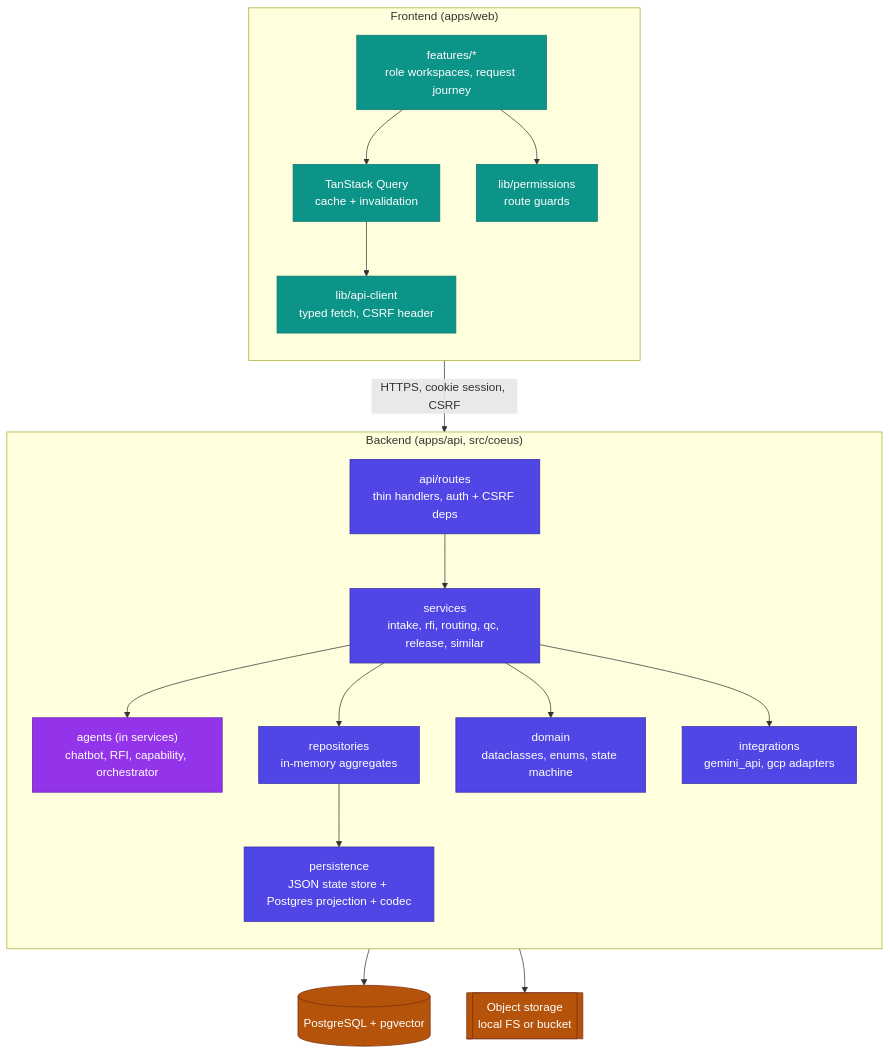
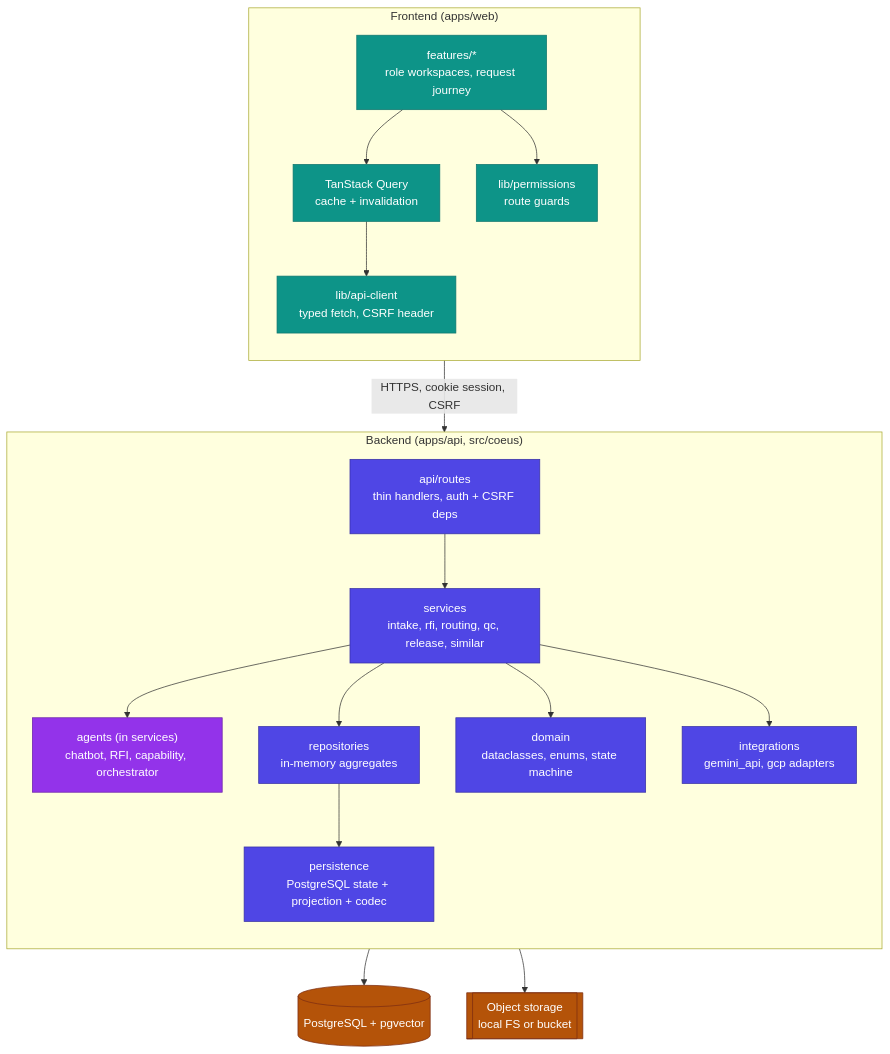
One commit to ShabalalaWATP/Coeus changed the second of 4 diagrams in docs/ARCHITECTURE.md. Above: the diagram before and after it, drawn with Mermaid. The commit also changed other lines of this file and 221 other files, not shown here.

````diff
--- a/docs/ARCHITECTURE.md
+++ b/docs/ARCHITECTURE.md
@@ -90,45 +90,45 @@
 ```mermaid
 flowchart TB
     subgraph web["Frontend  (apps/web)"]
         direction TB
         PAGES["features/*<br/>role workspaces, request journey"]
         APICLIENT["lib/api-client<br/>typed fetch, CSRF header"]
         QUERY["TanStack Query<br/>cache + invalidation"]
         PERMS["lib/permissions<br/>route guards"]
         PAGES --> QUERY --> APICLIENT
         PAGES --> PERMS
     end
 
     subgraph api["Backend  (apps/api, src/coeus)"]
         direction TB
         ROUTES["api/routes<br/>thin handlers, auth + CSRF deps"]
         SERVICES["services<br/>intake, rfi, routing, qc, release, similar"]
         AGENTS["agents (in services)<br/>chatbot, RFI, capability, orchestrator"]
         REPOS["repositories<br/>in-memory aggregates"]
         DOMAIN["domain<br/>dataclasses, enums, state machine"]
-        PERSIST["persistence<br/>JSON state store + Postgres projection + codec"]
+        PERSIST["persistence<br/>PostgreSQL state + projection + codec"]
         INTEG["integrations<br/>gemini_api, gcp adapters"]
         ROUTES --> SERVICES
         SERVICES --> AGENTS
         SERVICES --> REPOS
         SERVICES --> DOMAIN
         SERVICES --> INTEG
         REPOS --> PERSIST
     end
 
     DB[("PostgreSQL + pgvector")]
     OBJ[["Object storage<br/>local FS or bucket"]]
 
     APICLIENT -->|"HTTPS, cookie session, CSRF"| ROUTES
     PERSIST --> DB
     SERVICES --> OBJ
 
     classDef fe fill:#0d9488,stroke:#0f766e,color:#fff,stroke-width:1px
     classDef be fill:#4f46e5,stroke:#3730a3,color:#fff,stroke-width:1px
     classDef ai fill:#9333ea,stroke:#6b21a8,color:#fff,stroke-width:1px
     classDef data fill:#b45309,stroke:#7c2d12,color:#fff,stroke-width:1px
     class PAGES,APICLIENT,QUERY,PERMS fe
     class ROUTES,SERVICES,REPOS,DOMAIN,PERSIST,INTEG be
     class AGENTS ai
     class DB,OBJ data
 ```
````
